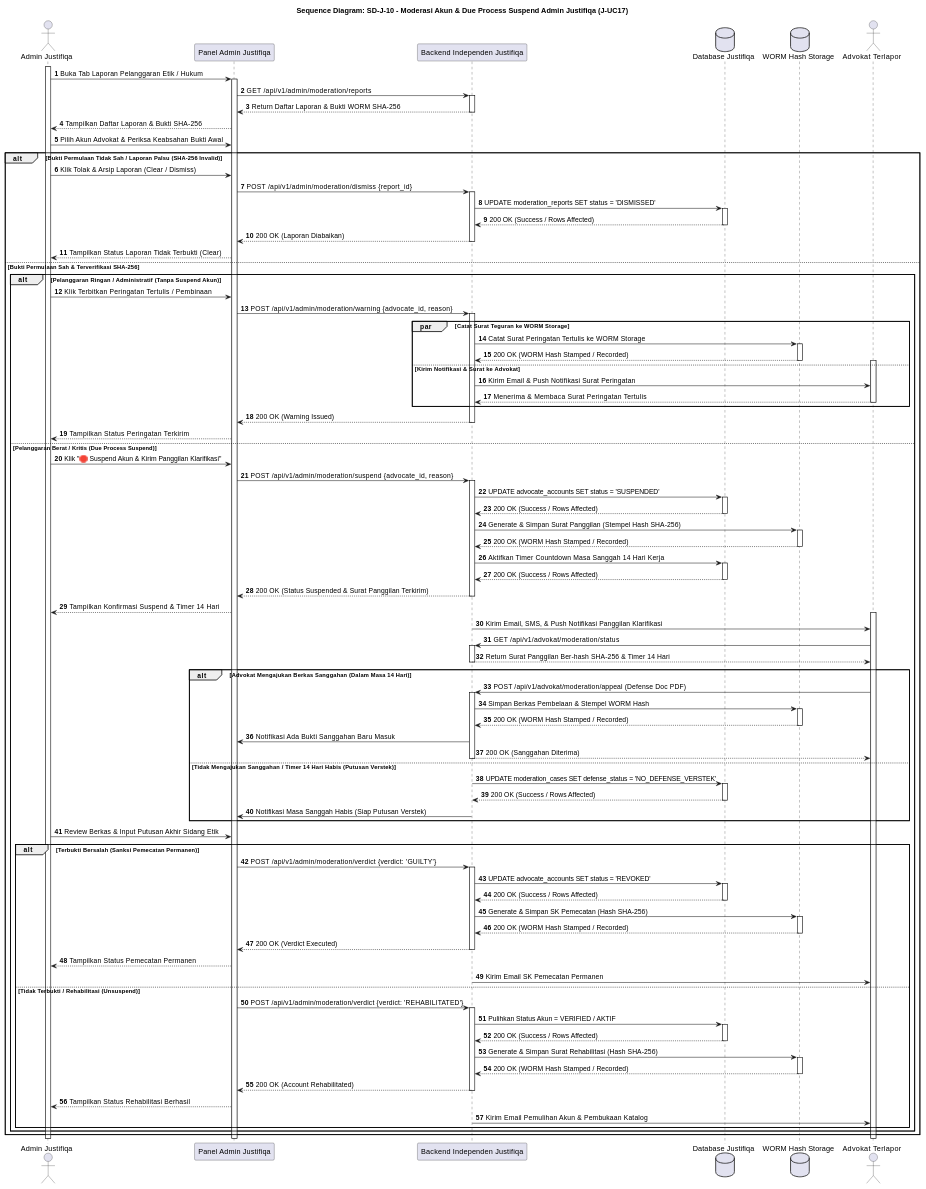
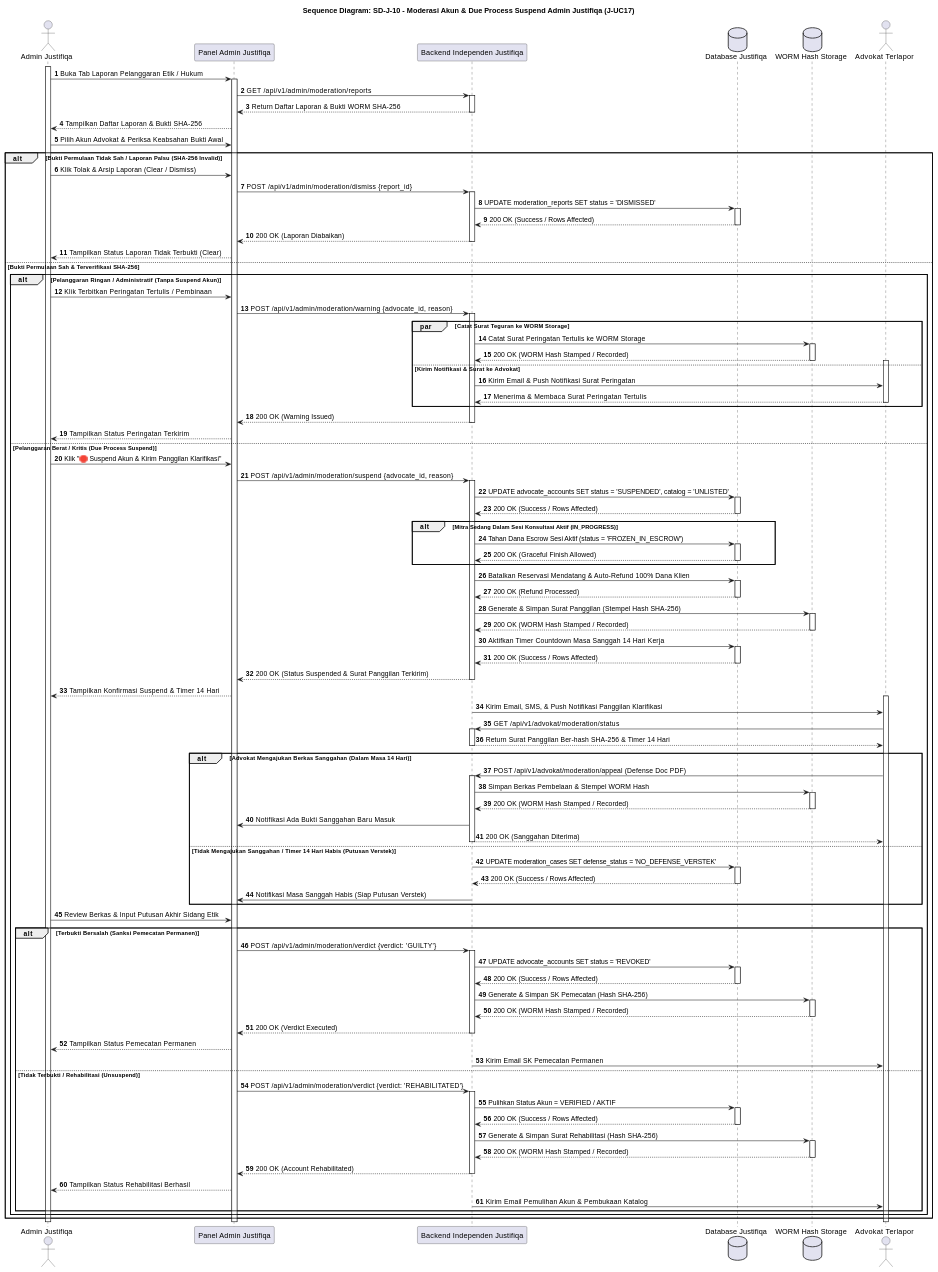
Before and after one commit to tupperwureism/SuperApp-Gagal: the tenth of 28 diagrams in MarkDown/plantuml_sequence_diagrams.md, drawn with PlantUML. The commit also changed 1 other file, not shown here.

Commit message:
feat(moderation): integrate Pre-Suspend active session check (Graceful Finish/Frozen Escrow) and 100% auto-refund for upcoming reservations into AD-J-10 and SD-J-10

```diff
--- a/MarkDown/plantuml_sequence_diagrams.md
+++ b/MarkDown/plantuml_sequence_diagrams.md
@@ -585,8 +585,14 @@
     else Pelanggaran Berat / Kritis (Due Process Suspend)
         Admin -> FE : Klik "🛑 Suspend Akun & Kirim Panggilan Klarifikasi"
         FE -> BE ++ : POST /api/v1/admin/moderation/suspend {advocate_id, reason}
-        BE -> DB ++ : UPDATE advocate_accounts SET status = 'SUSPENDED'
+        BE -> DB ++ : UPDATE advocate_accounts SET status = 'SUSPENDED', catalog = 'UNLISTED'
         DB --> BE -- : 200 OK (Success / Rows Affected)
+        alt Mitra Sedang Dalam Sesi Konsultasi Aktif (IN_PROGRESS)
+            BE -> DB ++ : Tahan Dana Escrow Sesi Aktif (status = 'FROZEN_IN_ESCROW')
+            DB --> BE -- : 200 OK (Graceful Finish Allowed)
+        end
+        BE -> DB ++ : Batalkan Reservasi Mendatang & Auto-Refund 100% Dana Klien
+        DB --> BE -- : 200 OK (Refund Processed)
         BE -> WORM ++ : Generate & Simpan Surat Panggilan (Stempel Hash SHA-256)
         WORM --> BE -- : 200 OK (WORM Hash Stamped / Recorded)
         BE -> DB ++ : Aktifkan Timer Countdown Masa Sanggah 14 Hari Kerja
```
